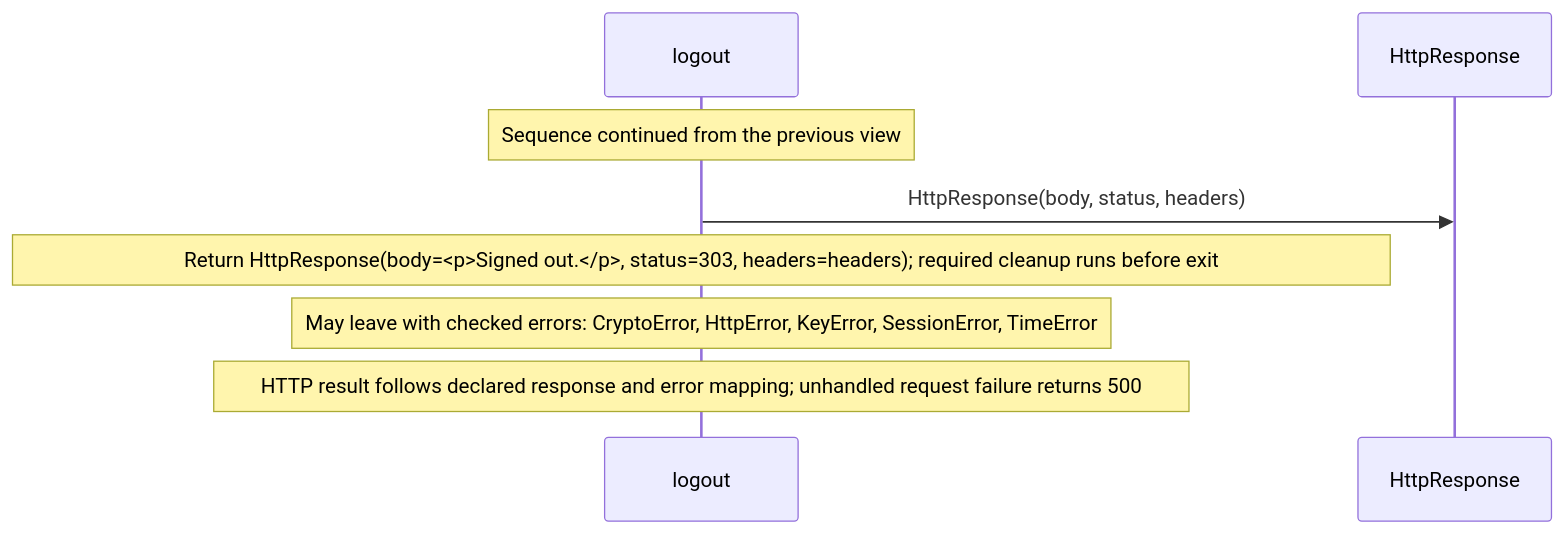
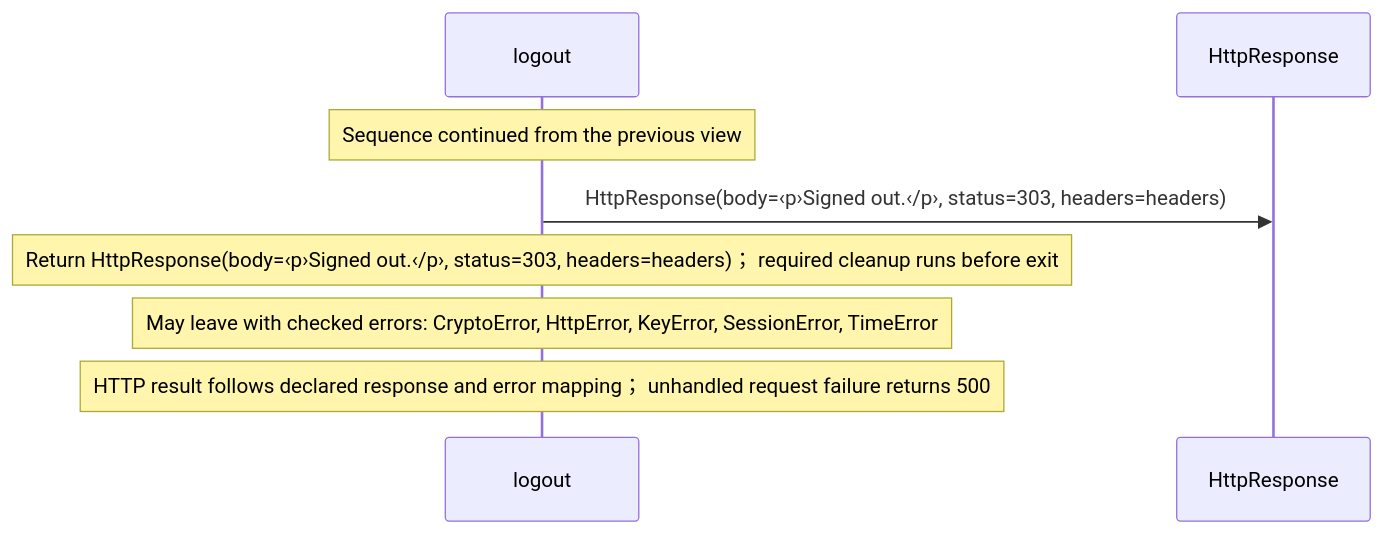
One commit to GreenPandaStudios/augscript changed the fourth of 4 diagrams in docs/examples/oidc-login/client/logout-diagrams.md. Above: the diagram before and after it, drawn with Mermaid. The commit also changed other lines of this file and 524 other files, not shown here.

Commit message:
Explain checked data flow at folder and service levels

````diff
--- a/docs/examples/oidc-login/client/logout-diagrams.md
+++ b/docs/examples/oidc-login/client/logout-diagrams.md
@@ -117,10 +126,10 @@
 ```mermaid
 sequenceDiagram
     participant p0 as logout
     participant p1 as HttpResponse
     Note over p0: Sequence continued from the previous view
-    p0->>p1: HttpResponse(body, status, headers)
-    Note over p0: Return HttpResponse(body=#60;p#62;Signed out.#60;/p#62;, status=303, headers=headers)#59; required cleanup runs before exit
+    p0->>p1: HttpResponse(body=‹p›Signed out.‹/p›, status=303, headers=headers)
+    Note over p0: Return HttpResponse(body=‹p›Signed out.‹/p›, status=303, headers=headers)； required cleanup runs before exit
     Note over p0: May leave with checked errors: CryptoError, HttpError, KeyError, SessionError, TimeError
-    Note over p0: HTTP result follows declared response and error mapping#59; unhandled request failure returns 500
+    Note over p0: HTTP result follows declared response and error mapping； unhandled request failure returns 500
 ```
````
